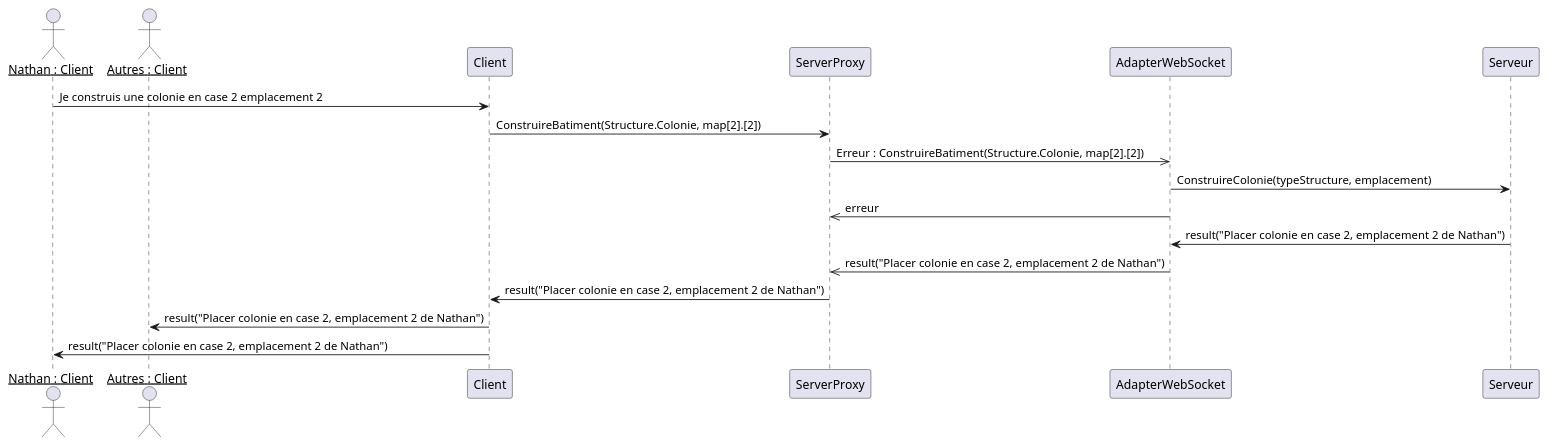
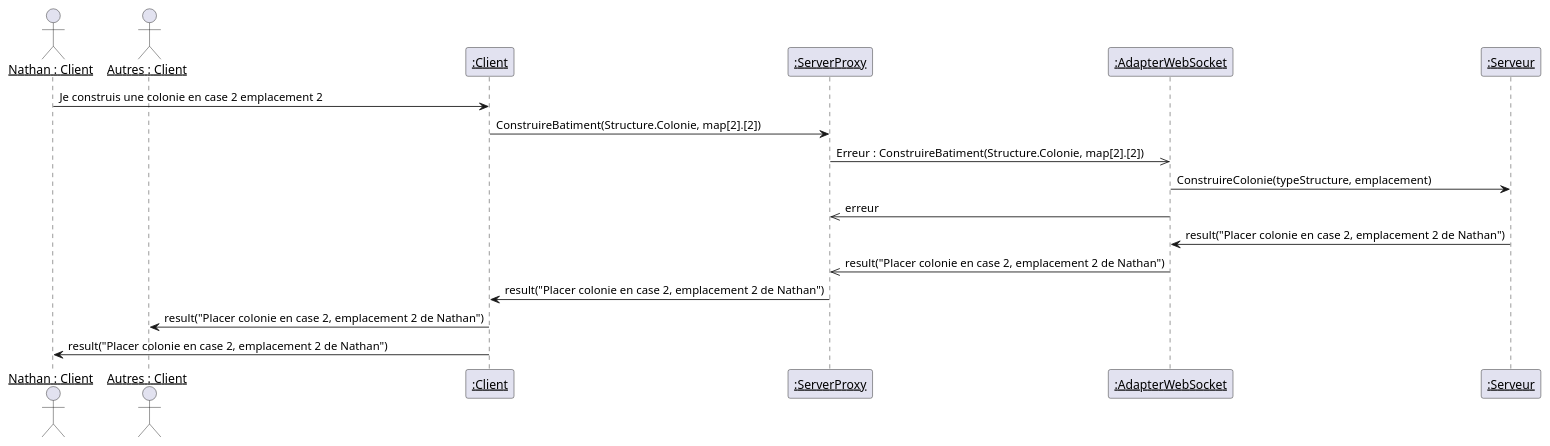
One commit to theray1/Les-Colons-De-Catane changed the sixth of 8 diagrams in catan-doc/modules/composants/pages/sequenceDiagram.adoc. Above: the diagram before and after it, drawn with PlantUML. The commit also changed other lines of this file, not shown here.

```diff
--- a/catan-doc/modules/composants/pages/sequenceDiagram.adoc
+++ b/catan-doc/modules/composants/pages/sequenceDiagram.adoc
@@ -113,17 +129,21 @@
 [plantuml]
 ....
 actor "__Nathan : Client__" as nathan
 actor "__Autres : Client__" as autres
+participant "__:Client__" as Client
+participant "__:ServerProxy__" as ServerProxy
+participant "__:AdapterWebSocket__" as AdapterWebSocket
+participant "__:Serveur__" as Serveur
 
 nathan -> Client : Je construis une colonie en case 2 emplacement 2
 Client -> ServerProxy : ConstruireBatiment(Structure.Colonie, map[2].[2])
 ServerProxy ->> AdapterWebSocket : Erreur : ConstruireBatiment(Structure.Colonie, map[2].[2])
 AdapterWebSocket -> Serveur : ConstruireColonie(typeStructure, emplacement)
 AdapterWebSocket ->> ServerProxy : erreur
 
 Serveur -> AdapterWebSocket : result("Placer colonie en case 2, emplacement 2 de Nathan")
 AdapterWebSocket ->> ServerProxy : result("Placer colonie en case 2, emplacement 2 de Nathan")
 ServerProxy -> Client : result("Placer colonie en case 2, emplacement 2 de Nathan")
 Client -> autres : result("Placer colonie en case 2, emplacement 2 de Nathan")
 Client -> nathan : result("Placer colonie en case 2, emplacement 2 de Nathan")
 ....
```
